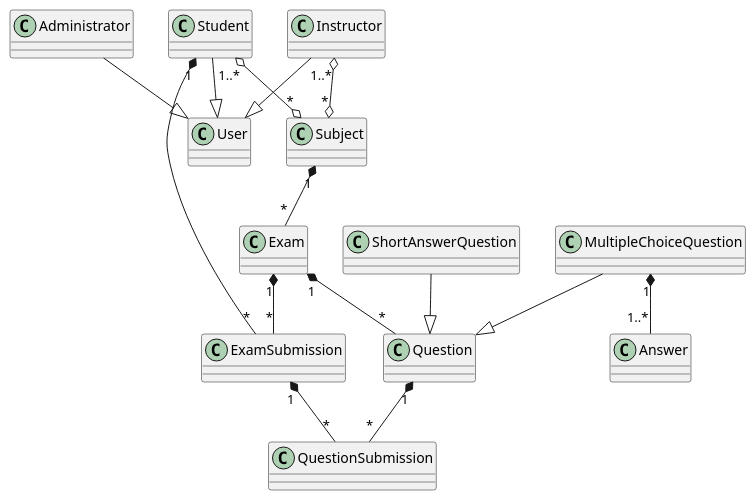
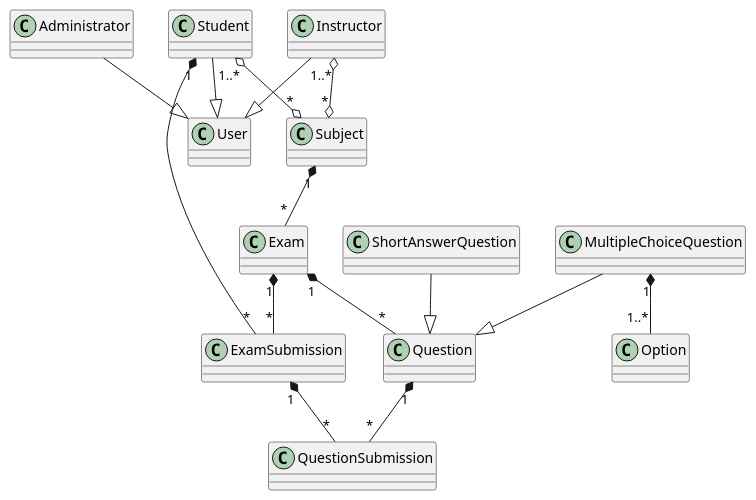
The diagram in docs/diagrams/domainModel.puml (omjadas/ekzameno), drawn with PlantUML before and after one commit.

Commit message:
docs: update domain model diagram

```diff
--- a/docs/diagrams/domainModel.puml
+++ b/docs/diagrams/domainModel.puml
@@ -1,50 +1,50 @@
 @startuml Domain Model
 
 class User {}
 
 class Student {}
 
 class Instructor {}
 
 class Administrator {}
 
 class Subject {}
 
 class Exam {}
 
 class Question {}
 
 class ShortAnswerQuestion {}
 
 class MultipleChoiceQuestion {}
 
-class Answer {}
+class Option {}
 
 class ExamSubmission {}
 
 class QuestionSubmission {}
 
 Student --|> User
 Instructor --|> User
 Administrator --|> User
 
 Student "1..*" o--o "*" Subject
 Instructor "1..*" o--o "*" Subject
 
 ShortAnswerQuestion --|> Question
 MultipleChoiceQuestion --|> Question
 
 Student "1" *-- "*" ExamSubmission
 
 Subject "1" *-- "*" Exam
 
 Exam "1" *-- "*" Question
 Exam "1" *-- "*" ExamSubmission
 
 ExamSubmission "1" *-- "*" QuestionSubmission
 
 Question "1" *-- "*" QuestionSubmission
 
-MultipleChoiceQuestion "1" *-- "1..*" Answer
+MultipleChoiceQuestion "1" *-- "1..*" Option
 
 @enduml
```
